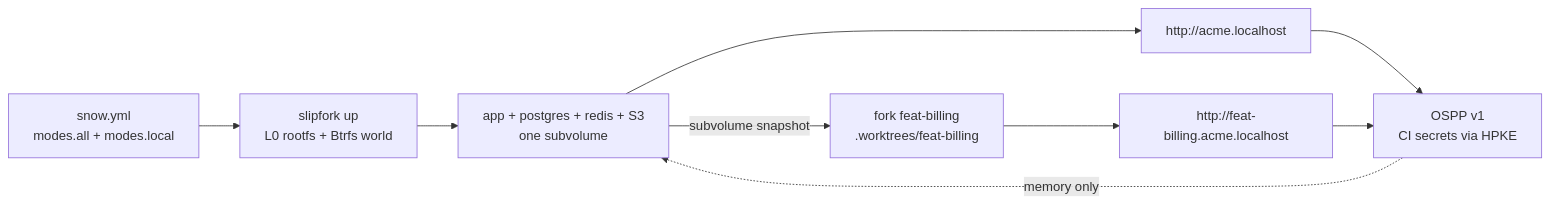
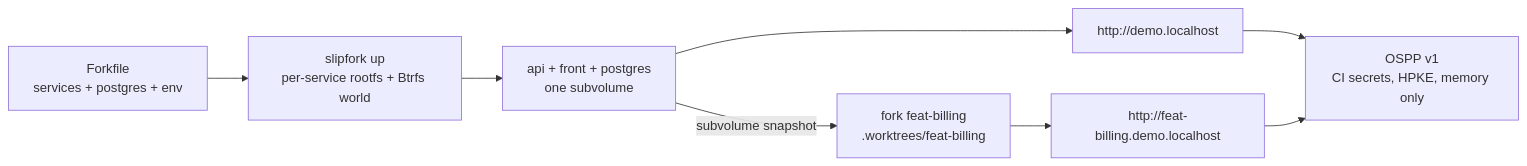
The diagram in docs/index.md (OffworldNexus/slipfork), drawn with Mermaid before and after one commit. The commit also changed other lines of this file and 46 other files, not shown here.

Commit message:
[M3.32.5] Rewrite docs and demo around the Forkfile

````diff
--- a/docs/index.md
+++ b/docs/index.md
@@ -21,11 +34,10 @@
 ```mermaid
 flowchart LR
-  M["snow.yml<br/>modes.all + modes.local"] --> W["slipfork up<br/>L0 rootfs + Btrfs world"]
-  W --> C["app + postgres + redis + S3<br/>one subvolume"]
-  C --> U["http://acme.localhost"]
+  M["Forkfile<br/>services + postgres + env"] --> W["slipfork up<br/>per-service rootfs + Btrfs world"]
+  W --> C["api + front + postgres<br/>one subvolume"]
+  C --> U["http://demo.localhost"]
   C -->|"subvolume snapshot"| F["fork feat-billing<br/>.worktrees/feat-billing"]
-  F --> V["http://feat-billing.acme.localhost"]
-  U --> O["OSPP v1<br/>CI secrets via HPKE"]
+  F --> V["http://feat-billing.demo.localhost"]
+  U --> O["OSPP v1<br/>CI secrets, HPKE, memory only"]
   V --> O
-  O -. "memory only" .-> C
 ```
````
